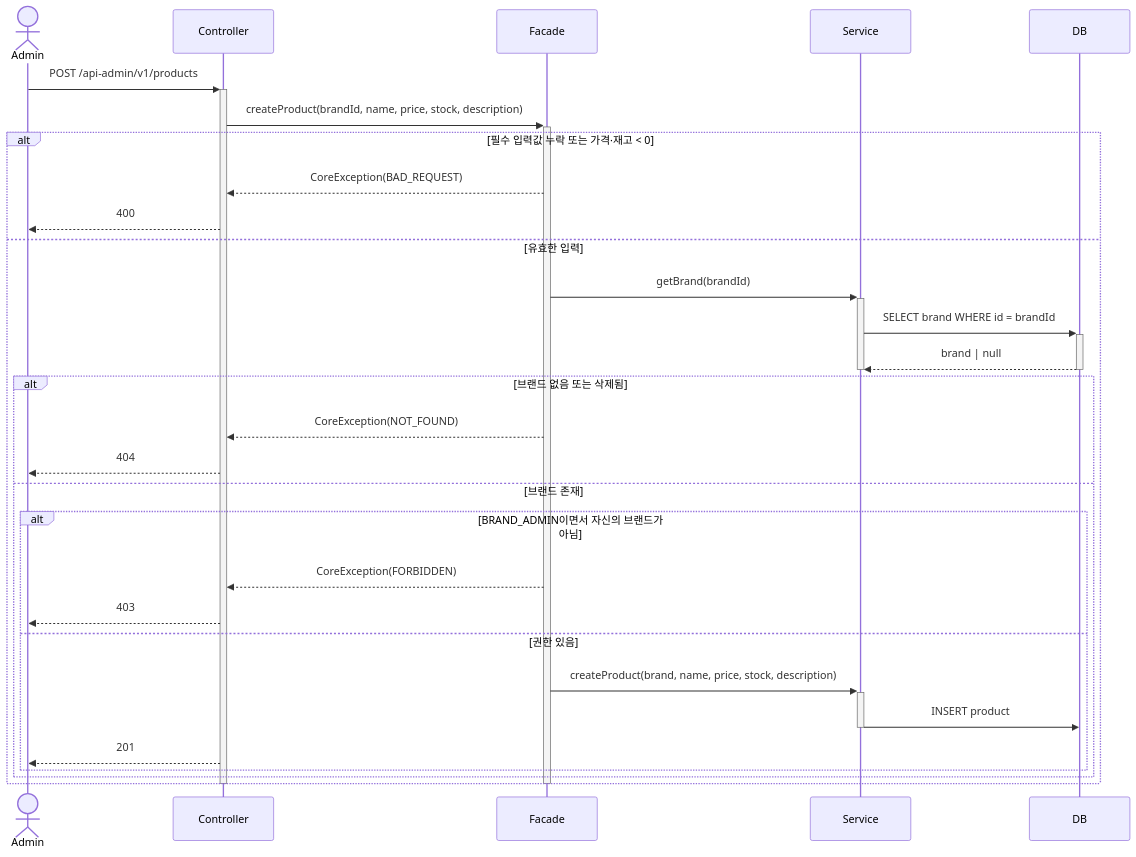
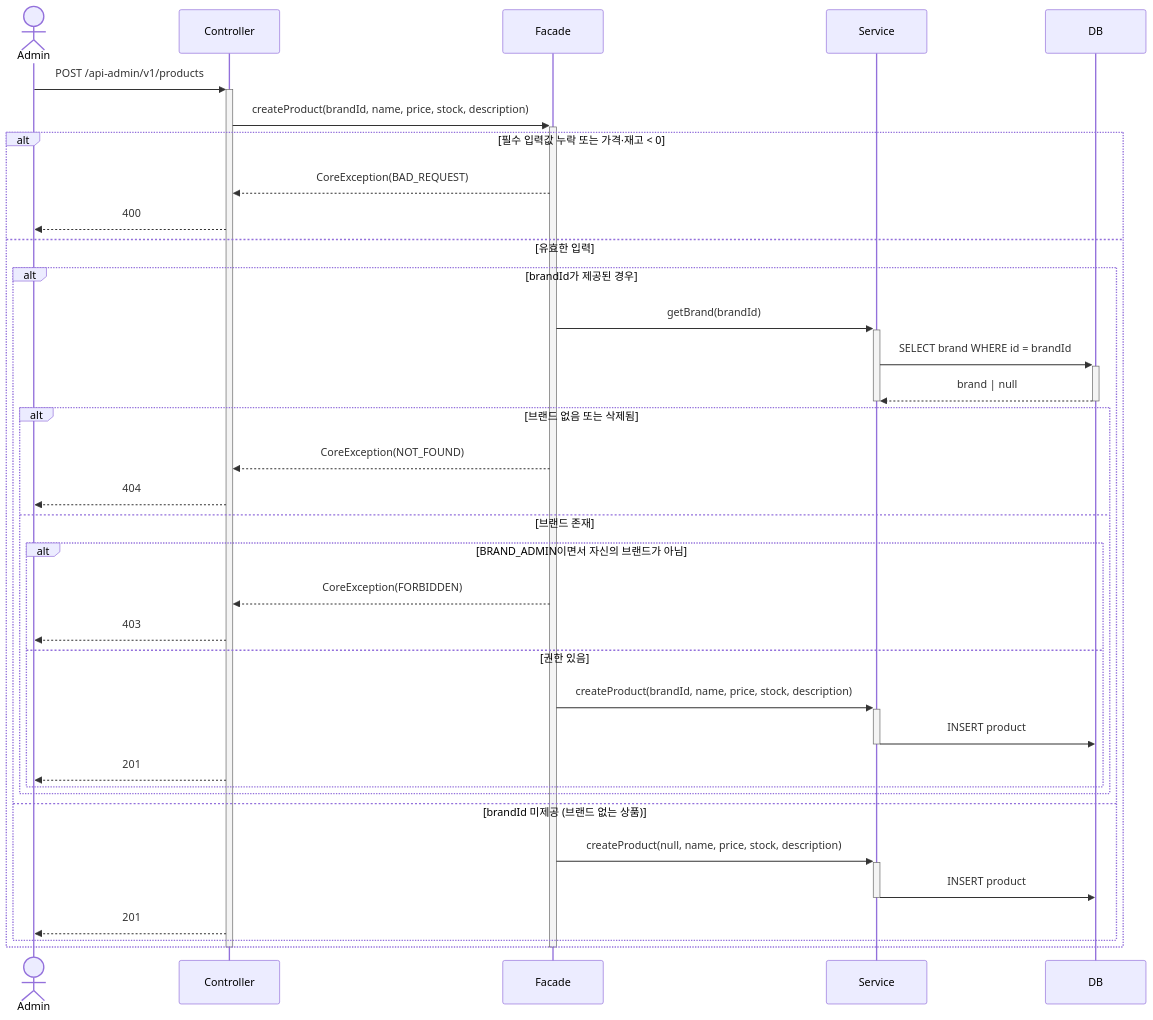
One commit to loopers-labs/loop-pack-be-l2-vol4-java changed diagram 15 of 21 in .docs/design/02-sequence-diagrams.md. Above: the diagram before and after it, drawn with Mermaid. The commit also changed 5 other files, not shown here.

````diff
--- a/.docs/design/02-sequence-diagrams.md
+++ b/.docs/design/02-sequence-diagrams.md
@@ -472,38 +472,45 @@
 ```mermaid
 sequenceDiagram
     actor Admin
     participant Controller
     participant Facade
     participant Service
     participant DB
 
     Admin->>+Controller: POST /api-admin/v1/products
     Controller->>+Facade: createProduct(brandId, name, price, stock, description)
 
     alt 필수 입력값 누락 또는 가격·재고 < 0
         Facade-->>Controller: CoreException(BAD_REQUEST)
         Controller-->>Admin: 400
     else 유효한 입력
-        Facade->>+Service: getBrand(brandId)
-        Service->>+DB: SELECT brand WHERE id = brandId
-        DB-->>-Service: brand | null
-        deactivate Service
+        alt brandId가 제공된 경우
+            Facade->>+Service: getBrand(brandId)
+            Service->>+DB: SELECT brand WHERE id = brandId
+            DB-->>-Service: brand | null
+            deactivate Service
 
-        alt 브랜드 없음 또는 삭제됨
-            Facade-->>Controller: CoreException(NOT_FOUND)
-            Controller-->>Admin: 404
-        else 브랜드 존재
-            alt BRAND_ADMIN이면서 자신의 브랜드가 아님
-                Facade-->>Controller: CoreException(FORBIDDEN)
-                Controller-->>Admin: 403
-            else 권한 있음
-                Facade->>+Service: createProduct(brand, name, price, stock, description)
-                Service->>DB: INSERT product
-                deactivate Service
-                Controller-->>Admin: 201
+            alt 브랜드 없음 또는 삭제됨
+                Facade-->>Controller: CoreException(NOT_FOUND)
+                Controller-->>Admin: 404
+            else 브랜드 존재
+                alt BRAND_ADMIN이면서 자신의 브랜드가 아님
+                    Facade-->>Controller: CoreException(FORBIDDEN)
+                    Controller-->>Admin: 403
+                else 권한 있음
+                    Facade->>+Service: createProduct(brandId, name, price, stock, description)
+                    Service->>DB: INSERT product
+                    deactivate Service
+                    Controller-->>Admin: 201
+                end
             end
+        else brandId 미제공 (브랜드 없는 상품)
+            Facade->>+Service: createProduct(null, name, price, stock, description)
+            Service->>DB: INSERT product
+            deactivate Service
+            Controller-->>Admin: 201
         end
     end
     deactivate Facade
     deactivate Controller
 ```
````
